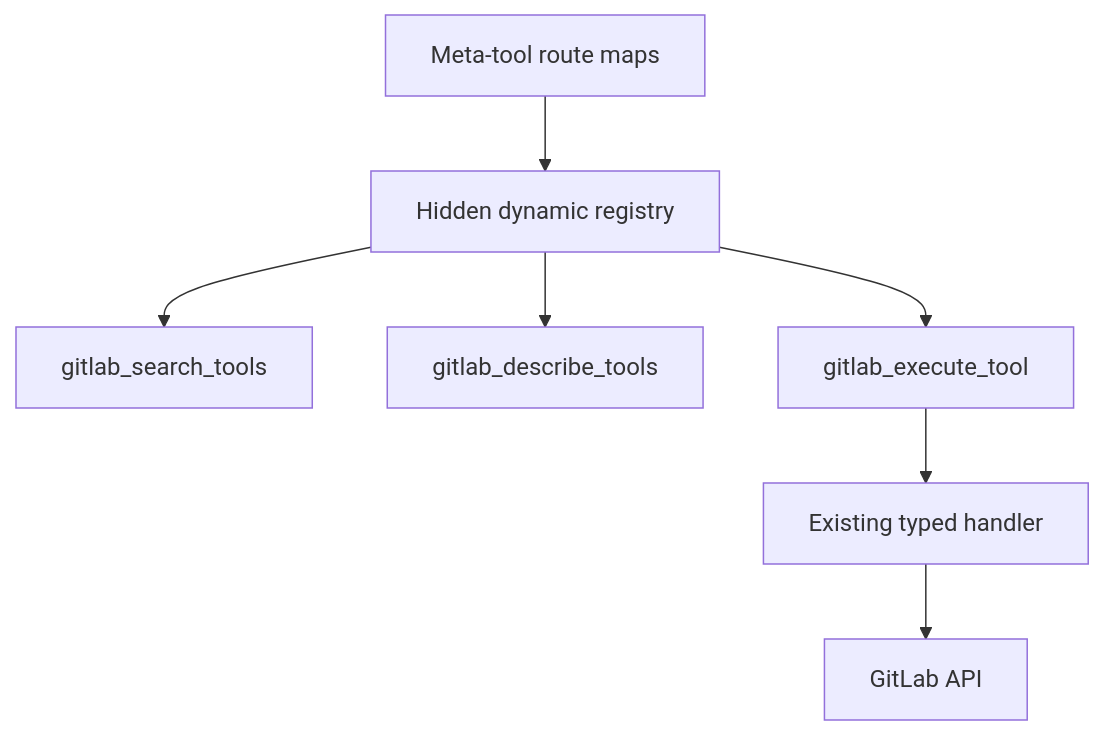
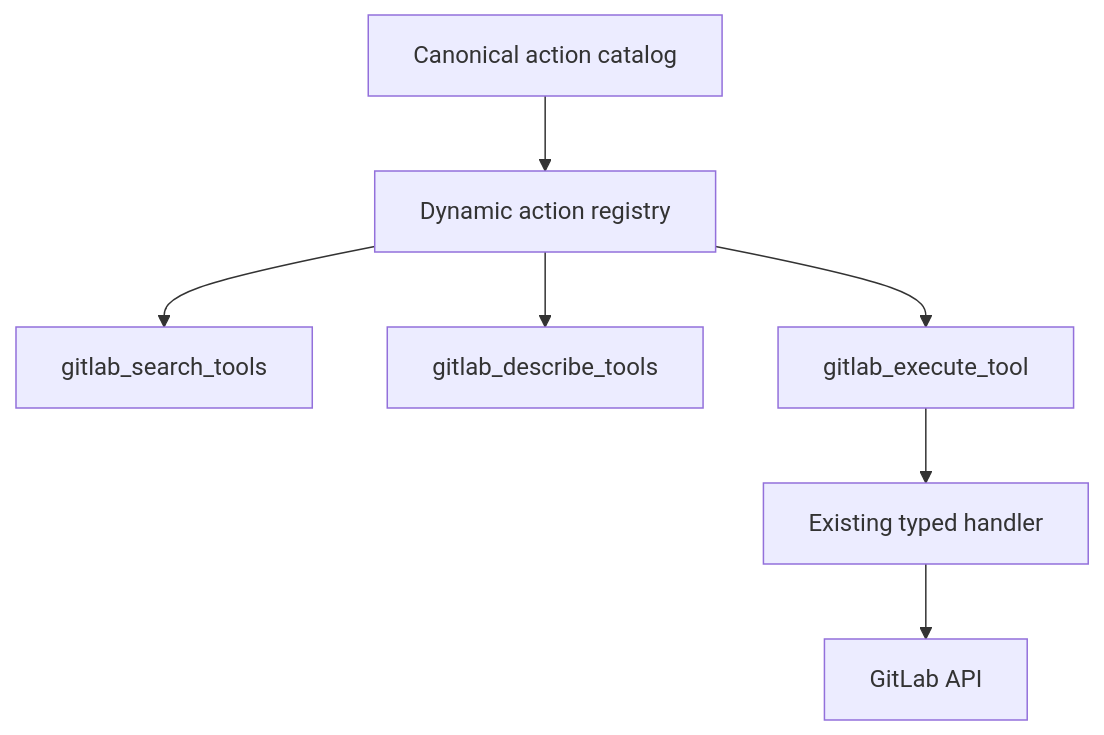
The fifth of 5 diagrams in site/src/content/docs/architecture.mdx (jmrplens/gitlab-mcp-server), drawn with Mermaid before and after one commit. The commit also changed other lines of this file and 62 other files, not shown here.

First line of the commit message:
feat(dynamic): add canonical action catalog

````diff
--- a/site/src/content/docs/architecture.mdx
+++ b/site/src/content/docs/architecture.mdx
@@ -147,9 +147,9 @@
 ```mermaid
 flowchart TD
-    A[Meta-tool route maps] --> B[Hidden dynamic registry]
+    A[Canonical action catalog] --> B[Dynamic action registry]
     B --> C[gitlab_search_tools]
     B --> D[gitlab_describe_tools]
     B --> E[gitlab_execute_tool]
     E --> F[Existing typed handler]
     F --> G[GitLab API]
 ```
````
